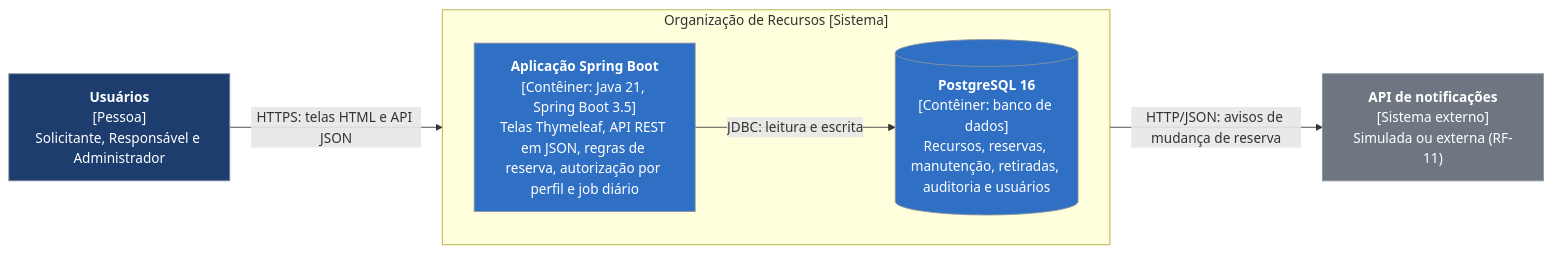
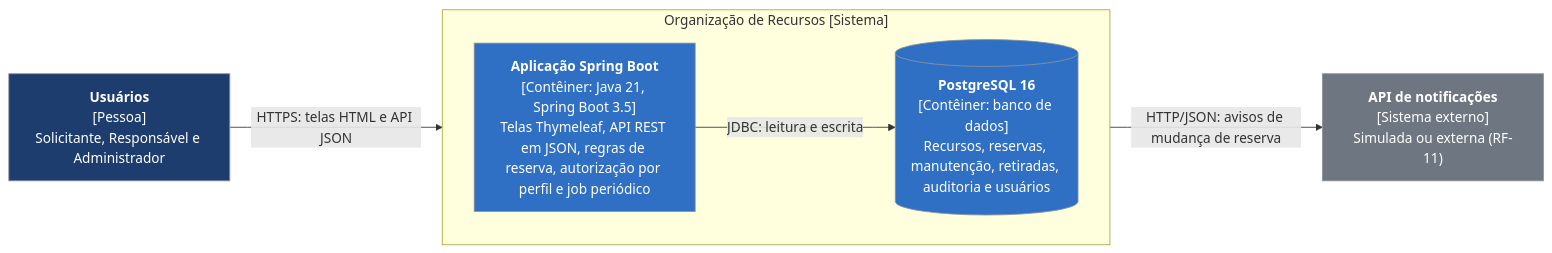
The second of 8 diagrams in docs/arquitetura.md (renatarsilva/projeto-qualidade-software-senac), drawn with Mermaid before and after one commit. The commit also changed other lines of this file and 4 other files, not shown here.

````diff
--- a/docs/arquitetura.md
+++ b/docs/arquitetura.md
@@ -173,23 +173,23 @@
 ```mermaid
 flowchart LR
     usuarios["<b>Usuários</b><br/>[Pessoa]<br/>Solicitante, Responsável e Administrador"]
 
     subgraph sistema["Organização de Recursos [Sistema]"]
         direction LR
-        app["<b>Aplicação Spring Boot</b><br/>[Contêiner: Java 21, Spring Boot 3.5]<br/>Telas Thymeleaf, API REST em JSON, regras de reserva, autorização por perfil e job diário"]
+        app["<b>Aplicação Spring Boot</b><br/>[Contêiner: Java 21, Spring Boot 3.5]<br/>Telas Thymeleaf, API REST em JSON, regras de reserva, autorização por perfil e job periódico"]
         db[("<b>PostgreSQL 16</b><br/>[Contêiner: banco de dados]<br/>Recursos, reservas, manutenção, retiradas, auditoria e usuários")]
     end
 
     notif["<b>API de notificações</b><br/>[Sistema externo]<br/>Simulada ou externa (RF-11)"]
 
     usuarios -->|"HTTPS: telas HTML e API JSON"| app
     app -->|"JDBC: leitura e escrita"| db
     app -->|"HTTP/JSON: avisos de mudança de reserva"| notif
 
     classDef pessoa fill:#1c3d6e,stroke:#8b949e,color:#ffffff
     classDef conteiner fill:#2f6fc4,stroke:#8b949e,color:#ffffff
     classDef externo fill:#6e7781,stroke:#8b949e,color:#ffffff
     class usuarios pessoa
     class app,db conteiner
     class notif externo
 ```
````
